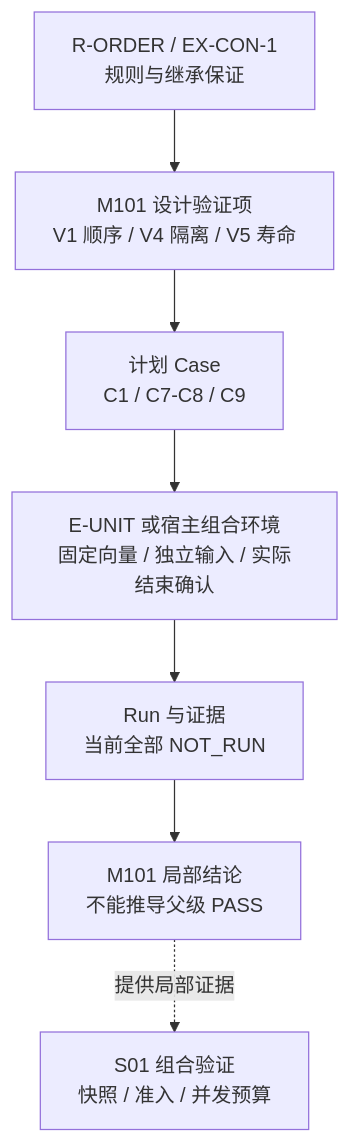
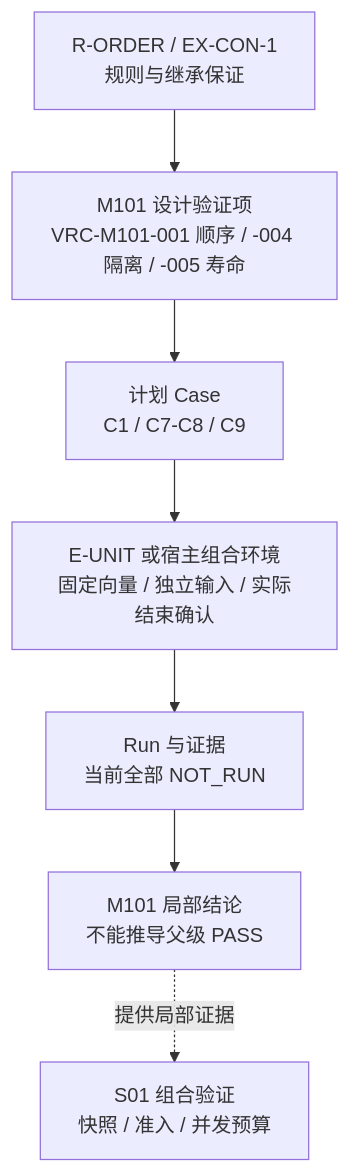
Before and after one commit to corezilla/STD: the ninth of 9 diagrams in templates/design/design-definition.md, drawn with Mermaid. The commit also changed other lines of this file and 41 other files, not shown here.

````diff
--- a/templates/design/design-definition.md
+++ b/templates/design/design-definition.md
@@ -708,9 +856,9 @@
 ```mermaid
 flowchart TB
-    R["R-ORDER / EX-CON-1<br/>规则与继承保证"] --> V["M101 设计验证项<br/>V1 顺序 / V4 隔离 / V5 寿命"]
+    R["R-ORDER / EX-CON-1<br/>规则与继承保证"] --> V["M101 设计验证项<br/>VRC-M101-001 顺序 / -004 隔离 / -005 寿命"]
     V --> C["计划 Case<br/>C1 / C7-C8 / C9"]
     C --> E["E-UNIT 或宿主组合环境<br/>固定向量 / 独立输入 / 实际结束确认"]
     E --> U["Run 与证据<br/>当前全部 NOT_RUN"]
     U --> L["M101 局部结论<br/>不能推导父级 PASS"]
     L -. 提供局部证据 .-> P["S01 组合验证<br/>快照 / 准入 / 并发预算"]
 ```
````
